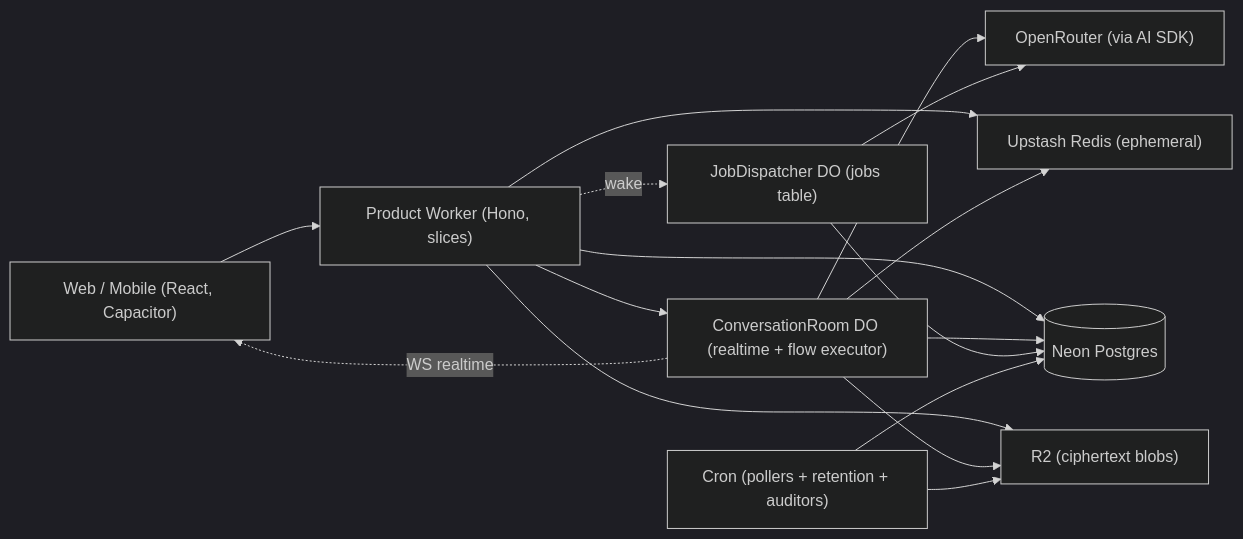
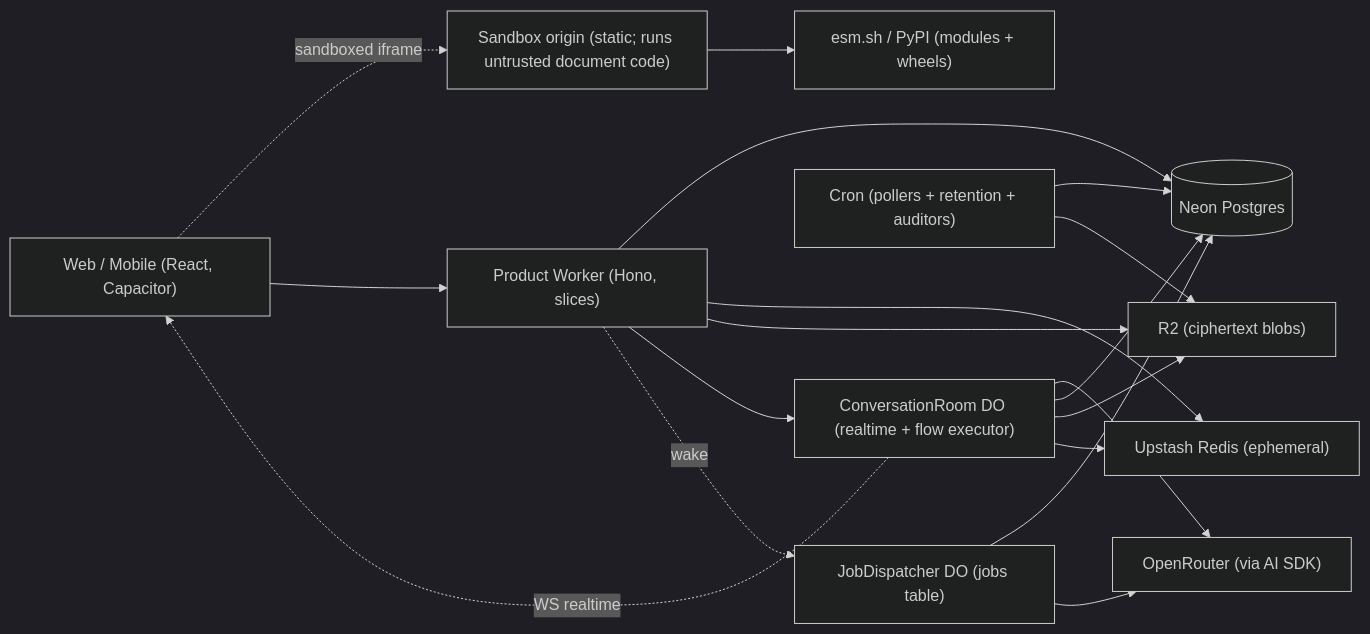
The diagram in docs/ARCHITECTURE.md (LOME-AI/LOME-CHAT), drawn with Mermaid (dark theme) before and after one commit. The commit also changed other lines of this file and 577 other files, not shown here.

````diff
--- a/docs/ARCHITECTURE.md
+++ b/docs/ARCHITECTURE.md
@@ -16,20 +16,24 @@
 ```mermaid
 flowchart LR
   Client["Web / Mobile (React, Capacitor)"]
   Worker["Product Worker (Hono, slices)"]
   DO["ConversationRoom DO (realtime + flow executor)"]
   Jobs["JobDispatcher DO (jobs table)"]
   PG[("Neon Postgres")]
   R2["R2 (ciphertext blobs)"]
   Redis["Upstash Redis (ephemeral)"]
   Prov["OpenRouter (via AI SDK)"]
   Cron["Cron (pollers + retention + auditors)"]
+  Sandbox["Sandbox origin (static; runs untrusted document code)"]
+  ModCDN["esm.sh / PyPI (modules + wheels)"]
 
+  Client -. sandboxed iframe .-> Sandbox
+  Sandbox --> ModCDN
   Client --> Worker
   Worker --> PG & Redis & R2 & DO
   Worker -. wake .-> Jobs
   DO --> Prov & PG & R2 & Redis
   Jobs --> PG & Prov
   Cron --> PG & R2
   DO -. WS realtime .-> Client
 ```
````
